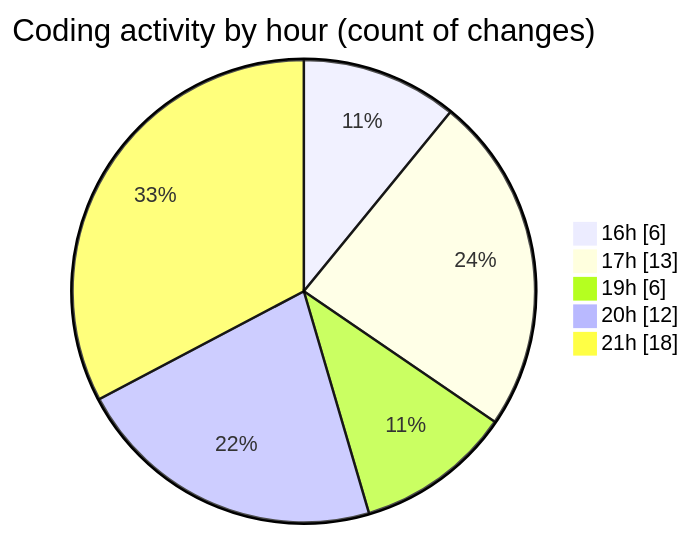
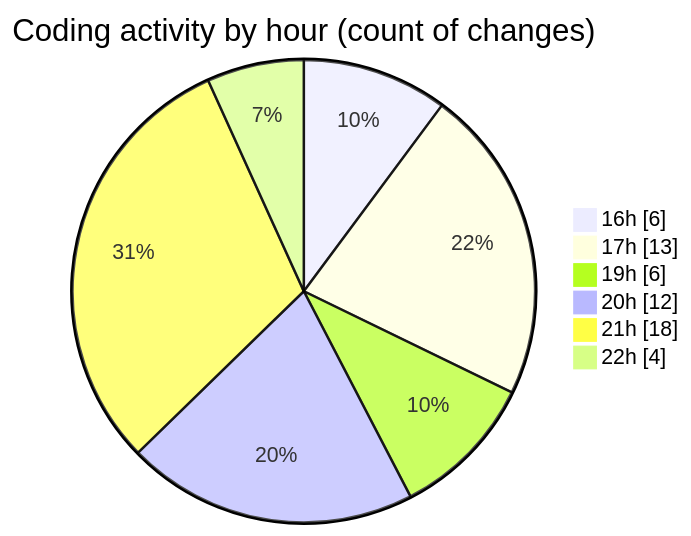
Before and after one commit to idhammustaqopulfikri/code-tracking: the second of 2 diagrams in 2025-06-22/studio-backend/README.md, drawn with Mermaid. The commit also changed other lines of this file and 1 other file, not shown here.

````diff
--- a/2025-06-22/studio-backend/README.md
+++ b/2025-06-22/studio-backend/README.md
@@ -37,9 +38,10 @@
 ```mermaid
 pie showData
 title Coding activity by hour (count of changes)
 "16h" : 6
 "17h" : 13
 "19h" : 6
 "20h" : 12
 "21h" : 18
+"22h" : 4
 ```
````
